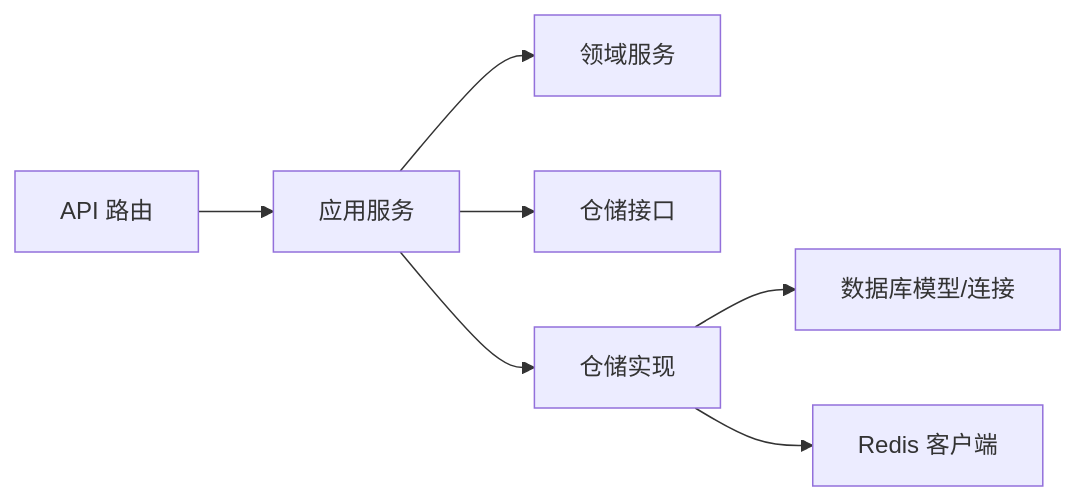
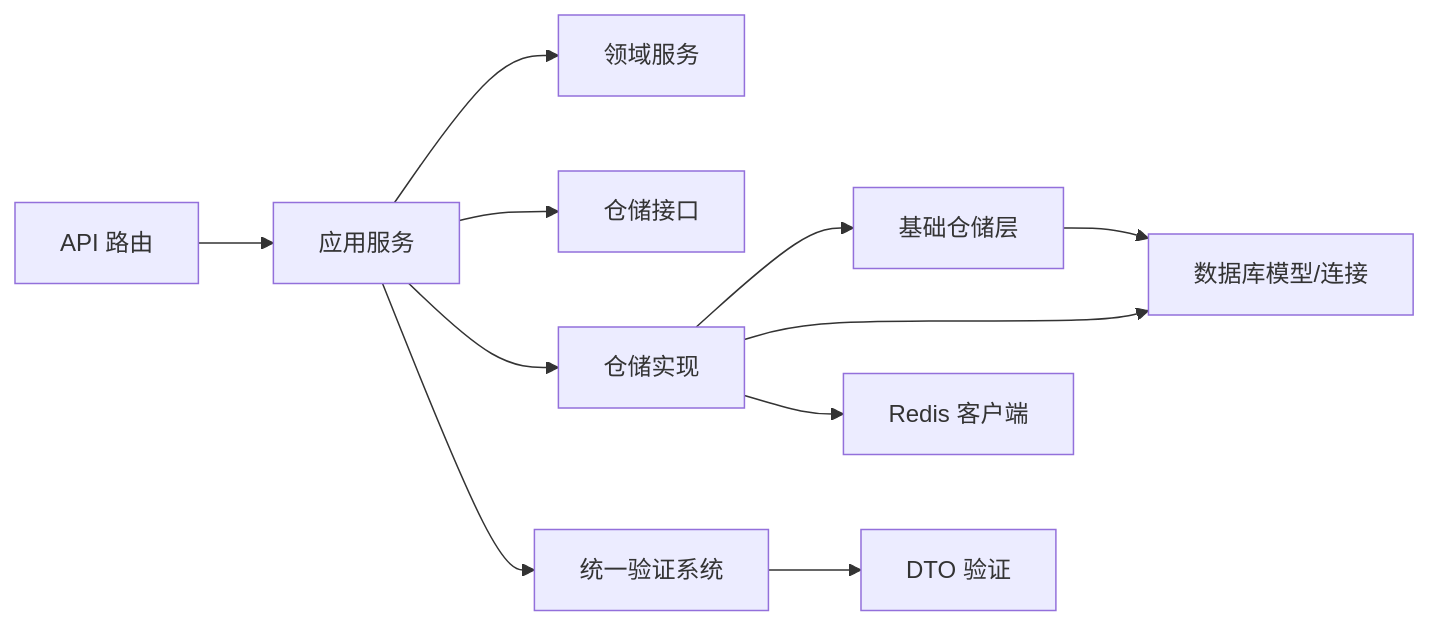
The eighth of 8 diagrams in .qoder/repowiki/zh/content/项目概述/架构设计/DDD 领域驱动设计.md (taoweidong/Hello-FastApi), drawn with Mermaid before and after one commit. The commit also changed other lines of this file and 11 other files, not shown here.

````diff
--- a/.qoder/repowiki/zh/content/项目概述/架构设计/DDD 领域驱动设计.md
+++ b/.qoder/repowiki/zh/content/项目概述/架构设计/DDD 领域驱动设计.md
@@ -359,9 +525,13 @@
 ```mermaid
 graph LR
 API["API 路由"] --> APP["应用服务"]
 APP --> DOMAIN["领域服务"]
 APP --> REPO_INTF["仓储接口"]
 APP --> INFRA_REPO["仓储实现"]
+APP --> VALIDATORS["统一验证系统"]
+INFRA_REPO --> BASE_REPO["基础仓储层"]
 INFRA_REPO --> DB["数据库模型/连接"]
 INFRA_REPO --> CACHE["Redis 客户端"]
+BASE_REPO --> DB
+VALIDATORS --> DTO["DTO 验证"]
 ```
````
